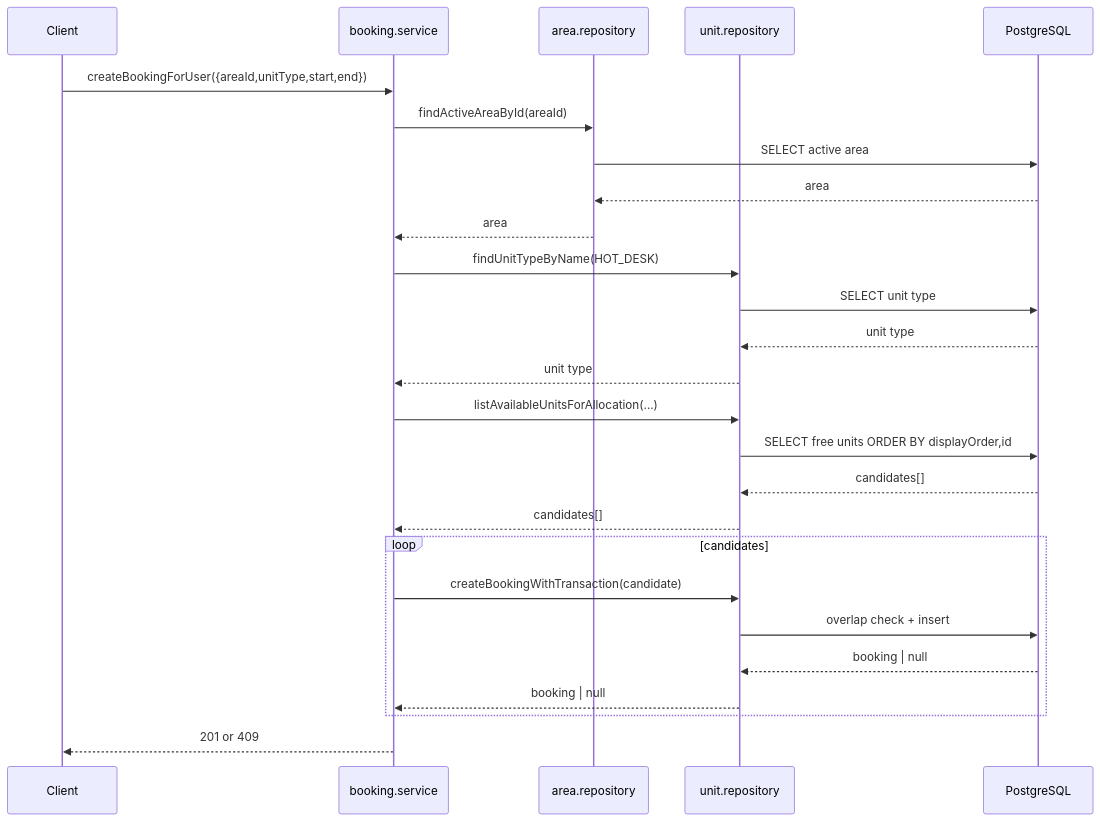
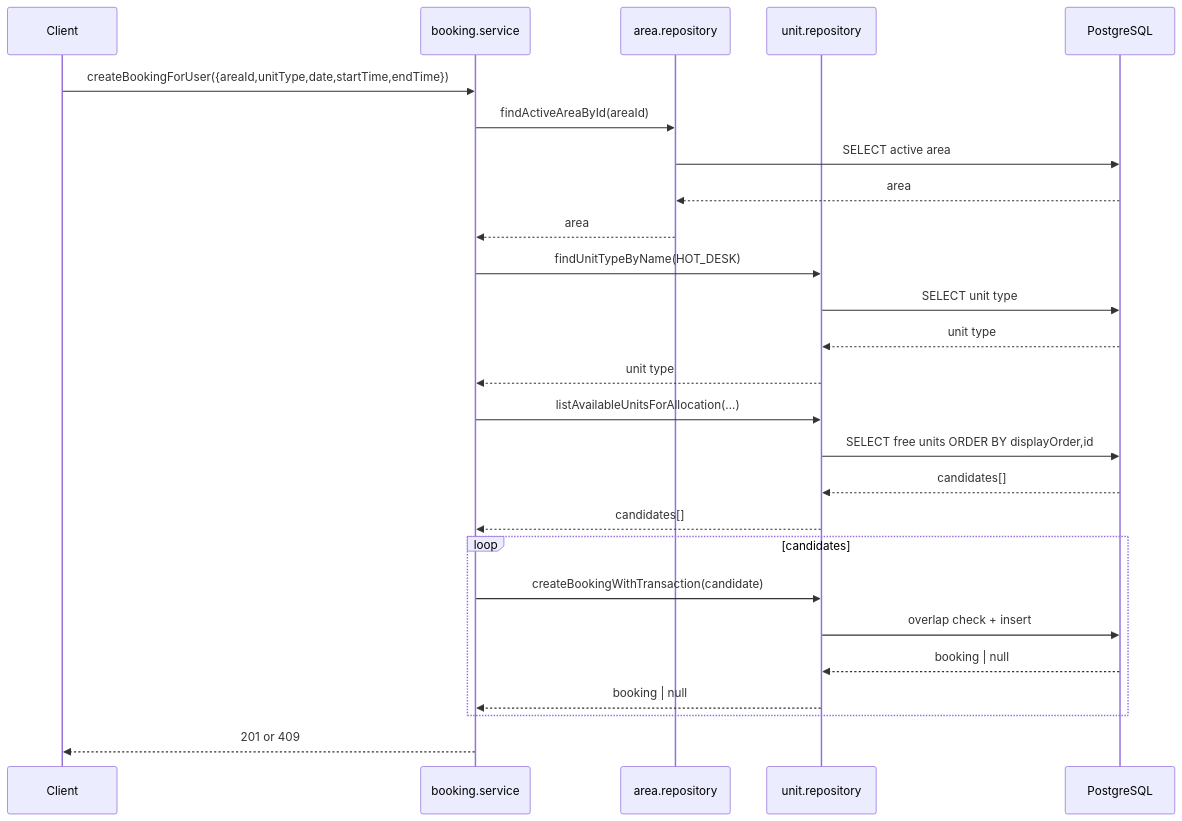
The second of 4 diagrams in backend/docs/booking-flow.md (CodeRacon/roomfull-2.0), drawn with Mermaid before and after one commit. The commit also changed other lines of this file and 17 other files, not shown here.

Commit message:
docs: align booking architecture contracts

````diff
--- a/backend/docs/booking-flow.md
+++ b/backend/docs/booking-flow.md
@@ -232,29 +244,29 @@
 ```mermaid
 sequenceDiagram
   participant C as Client
   participant S as booking.service
   participant AR as area.repository
   participant UR as unit.repository
   participant DB as PostgreSQL
 
-  C->>S: createBookingForUser({areaId,unitType,start,end})
+  C->>S: createBookingForUser({areaId,unitType,date,startTime,endTime})
   S->>AR: findActiveAreaById(areaId)
   AR->>DB: SELECT active area
   DB-->>AR: area
   AR-->>S: area
   S->>UR: findUnitTypeByName(HOT_DESK)
   UR->>DB: SELECT unit type
   DB-->>UR: unit type
   UR-->>S: unit type
   S->>UR: listAvailableUnitsForAllocation(...)
   UR->>DB: SELECT free units ORDER BY displayOrder,id
   DB-->>UR: candidates[]
   UR-->>S: candidates[]
   loop candidates
     S->>UR: createBookingWithTransaction(candidate)
     UR->>DB: overlap check + insert
     DB-->>UR: booking | null
     UR-->>S: booking | null
   end
   S-->>C: 201 or 409
 ```
````
